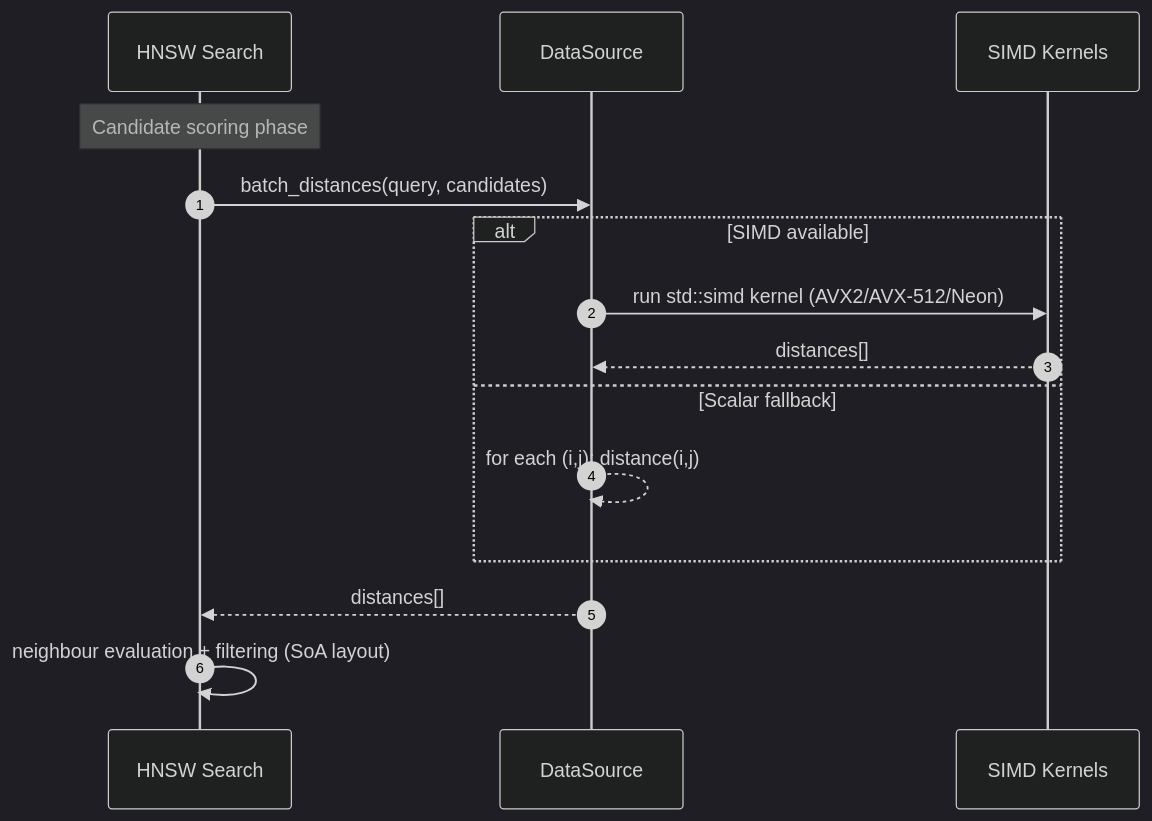
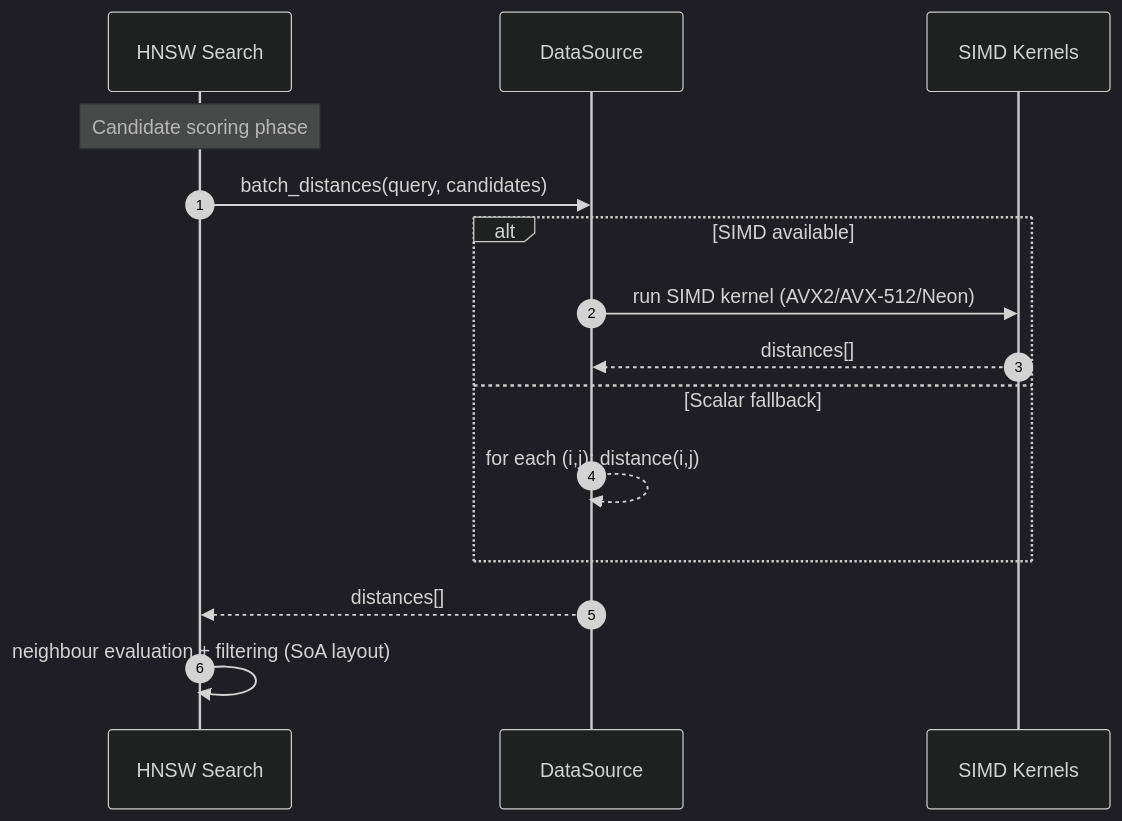
Before and after one commit to leynos/chutoro: the first of 2 diagrams in docs/chutoro-design.md, drawn with Mermaid (dark theme). The commit also changed other lines of this file and 9 other files, not shown here.

````diff
--- a/docs/chutoro-design.md
+++ b/docs/chutoro-design.md
@@ -883,20 +883,20 @@
 ```mermaid
 sequenceDiagram
   autonumber
   participant HNSW as HNSW Search
   participant DS as DataSource
   participant Kern as SIMD Kernels
 
   Note over HNSW: Candidate scoring phase
   HNSW->>DS: batch_distances(query, candidates)
   alt SIMD available
-    DS->>Kern: run std::simd kernel (AVX2/AVX-512/Neon)
+    DS->>Kern: run SIMD kernel (AVX2/AVX-512/Neon)
     Kern-->>DS: distances[]
   else Scalar fallback
     DS-->>DS: for each (i,j): distance(i,j)
   end
   DS-->>HNSW: distances[]
   HNSW->>HNSW: neighbour evaluation + filtering (SoA layout)
   %% Note: CPUID/feature detection and function-pointer dispatch occur once during
   %% initialization; kernel call-sites remain branch-free.
 ```
````
